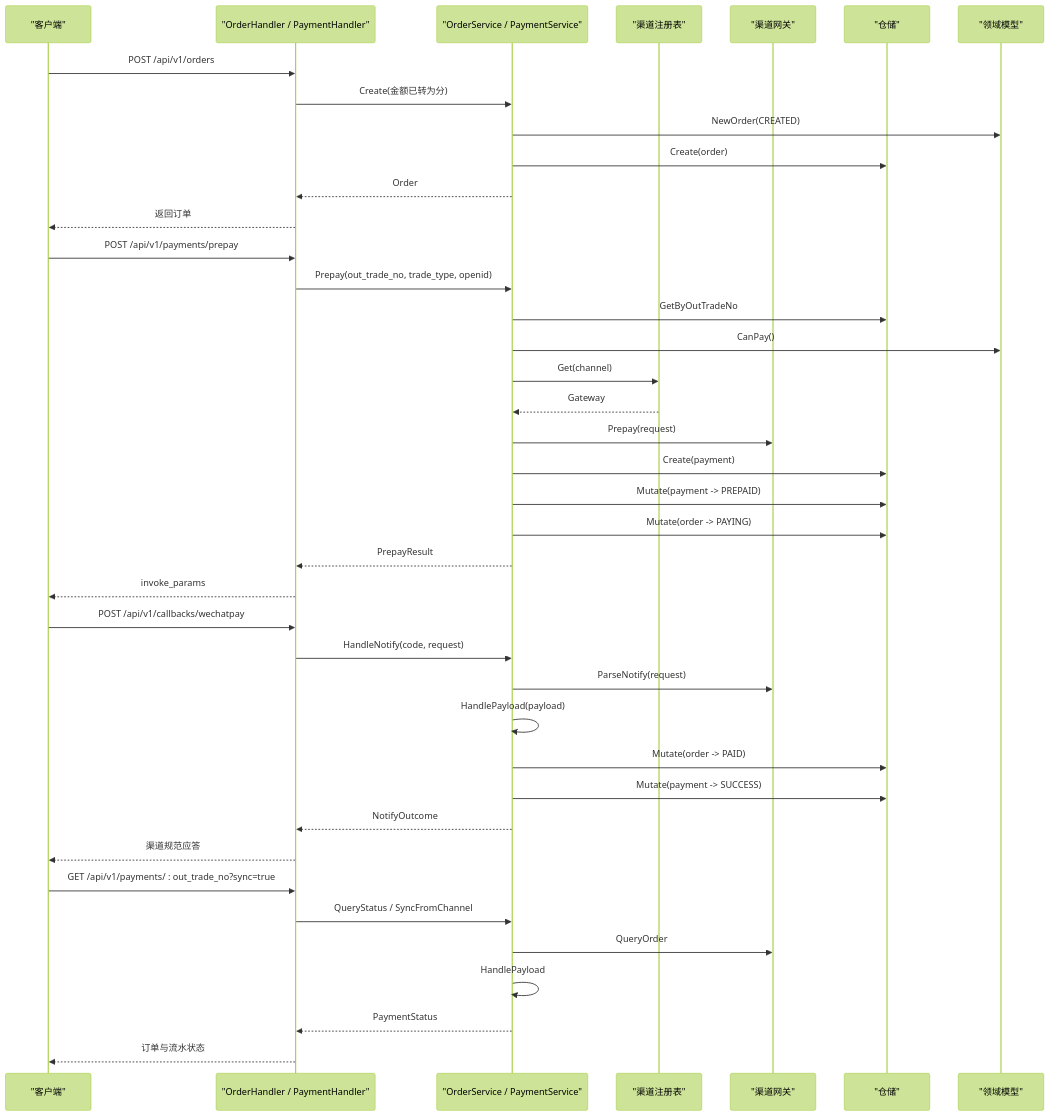
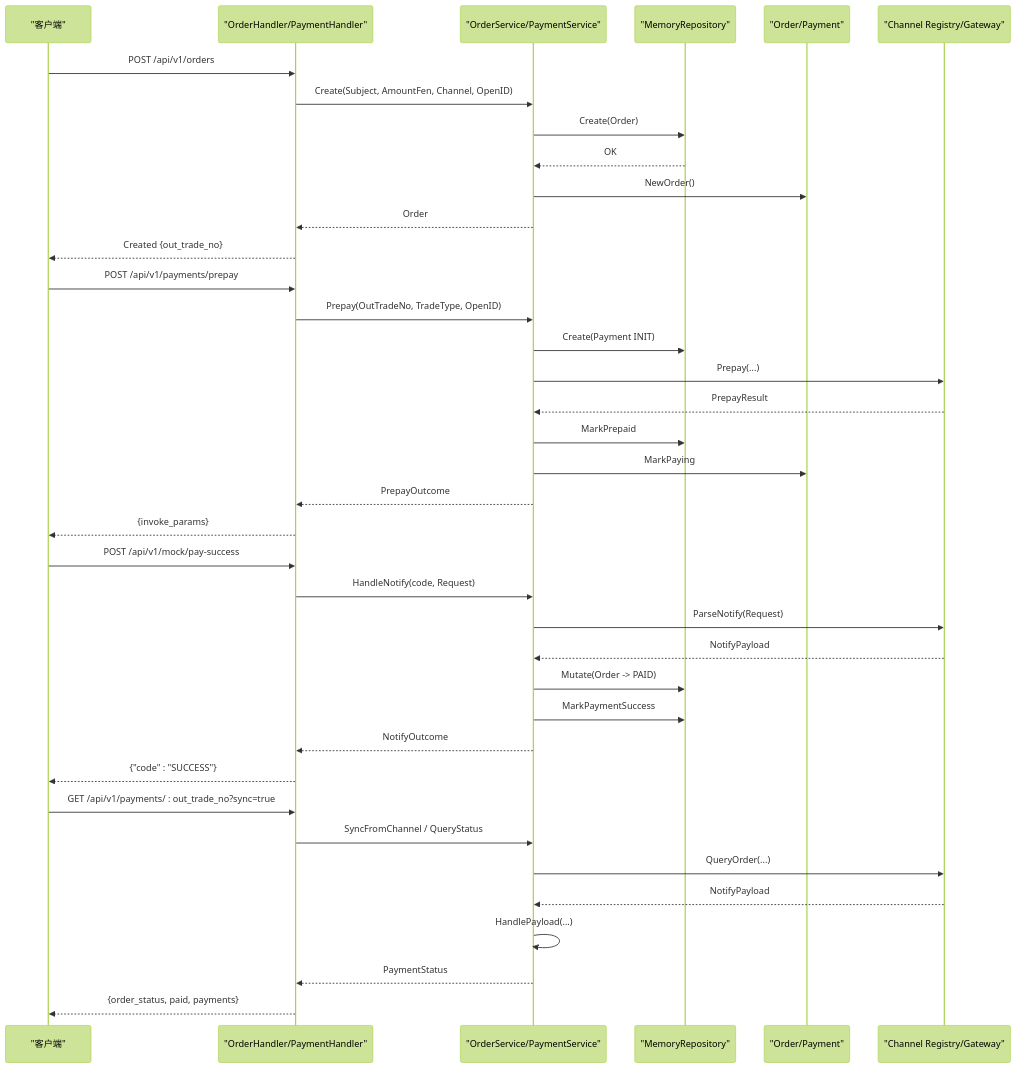
Before and after one commit to gbtdesign/payment: the second of 9 diagrams in .qoder/repowiki/zh/content/开发指南.md, drawn with Mermaid (forest theme). The commit also changed other lines of this file and 107 other files, not shown here.

````diff
--- a/.qoder/repowiki/zh/content/开发指南.md
+++ b/.qoder/repowiki/zh/content/开发指南.md
@@ -106,42 +140,40 @@
 ```mermaid
 sequenceDiagram
 participant Client as "客户端"
-participant Handler as "OrderHandler / PaymentHandler"
-participant Service as "OrderService / PaymentService"
-participant Registry as "渠道注册表"
-participant Gateway as "渠道网关"
-participant Repo as "仓储"
-participant Model as "领域模型"
+participant Handler as "OrderHandler/PaymentHandler"
+participant Service as "OrderService/PaymentService"
+participant Repo as "MemoryRepository"
+participant Model as "Order/Payment"
+participant Channel as "Channel Registry/Gateway"
 Client->>Handler : POST /api/v1/orders
-Handler->>Service : Create(金额已转为分)
-Service->>Model : NewOrder(CREATED)
-Service->>Repo : Create(order)
+Handler->>Service : Create(Subject, AmountFen, Channel, OpenID)
+Service->>Repo : Create(Order)
+Repo-->>Service : OK
+Service->>Model : NewOrder()
 Service-->>Handler : Order
-Handler-->>Client : 返回订单
+Handler-->>Client : Created {out_trade_no}
 Client->>Handler : POST /api/v1/payments/prepay
-Handler->>Service : Prepay(out_trade_no, trade_type, openid)
-Service->>Repo : GetByOutTradeNo
-Service->>Model : CanPay()
-Service->>Registry : Get(channel)
-Registry-->>Service : Gateway
-Service->>Gateway : Prepay(request)
-Service->>Repo : Create(payment)
-Service->>Repo : Mutate(payment -> PREPAID)
-Service->>Repo : Mutate(order -> PAYING)
-Service-->>Handler : PrepayResult
-Handler-->>Client : invoke_params
-Client->>Handler : POST /api/v1/callbacks/wechatpay
-Handler->>Service : HandleNotify(code, request)
-Service->>Gateway : ParseNotify(request)
-Service->>Service : HandlePayload(payload)
-Service->>Repo : Mutate(order -> PAID)
-Service->>Repo : Mutate(payment -> SUCCESS)
+Handler->>Service : Prepay(OutTradeNo, TradeType, OpenID)
+Service->>Repo : Create(Payment INIT)
+Service->>Channel : Prepay(...)
+Channel-->>Service : PrepayResult
+Service->>Repo : MarkPrepaid
+Service->>Model : MarkPaying
+Service-->>Handler : PrepayOutcome
+Handler-->>Client : {invoke_params}
+Client->>Handler : POST /api/v1/mock/pay-success
+Handler->>Service : HandleNotify(code, Request)
+Service->>Channel : ParseNotify(Request)
+Channel-->>Service : NotifyPayload
+Service->>Repo : Mutate(Order -> PAID)
+Service->>Repo : MarkPaymentSuccess
 Service-->>Handler : NotifyOutcome
-Handler-->>Client : 渠道规范应答
+Handler-->>Client : {"code" : "SUCCESS"}
 Client->>Handler : GET /api/v1/payments/ : out_trade_no?sync=true
-Handler->>Service : QueryStatus / SyncFromChannel
-Service->>Gateway : QueryOrder
-Service->>Service : HandlePayload
+Handler->>Service : SyncFromChannel / QueryStatus
+Service->>Channel : QueryOrder(...)
+Channel-->>Service : NotifyPayload
+Service->>Service : HandlePayload(...)
 Service-->>Handler : PaymentStatus
-Handler-->>Client : 订单与流水状态
+Handler-->>Client : {order_status, paid, payments}
 ```
````
